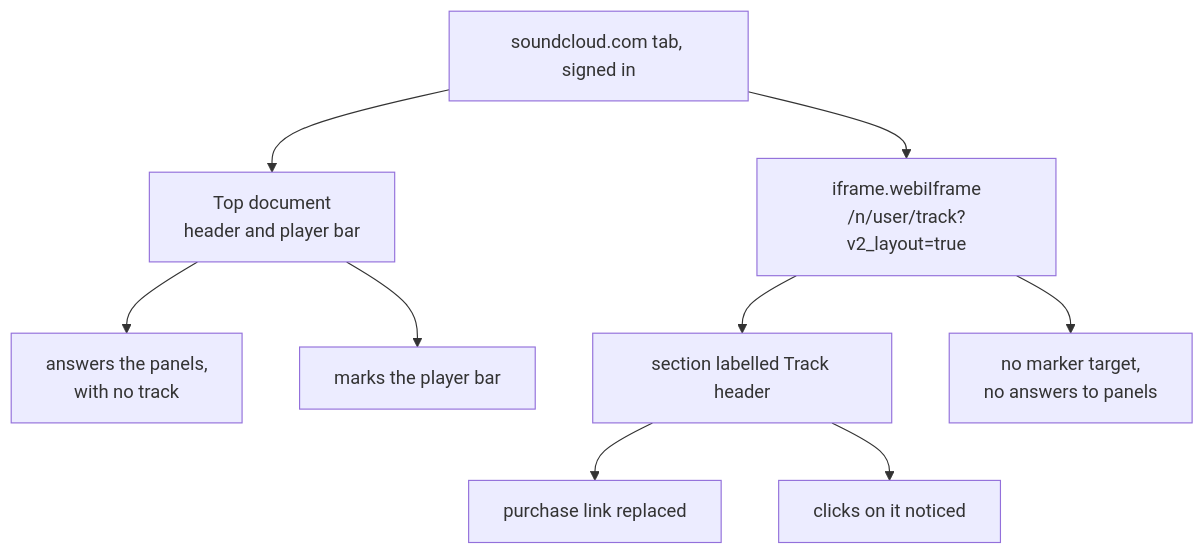
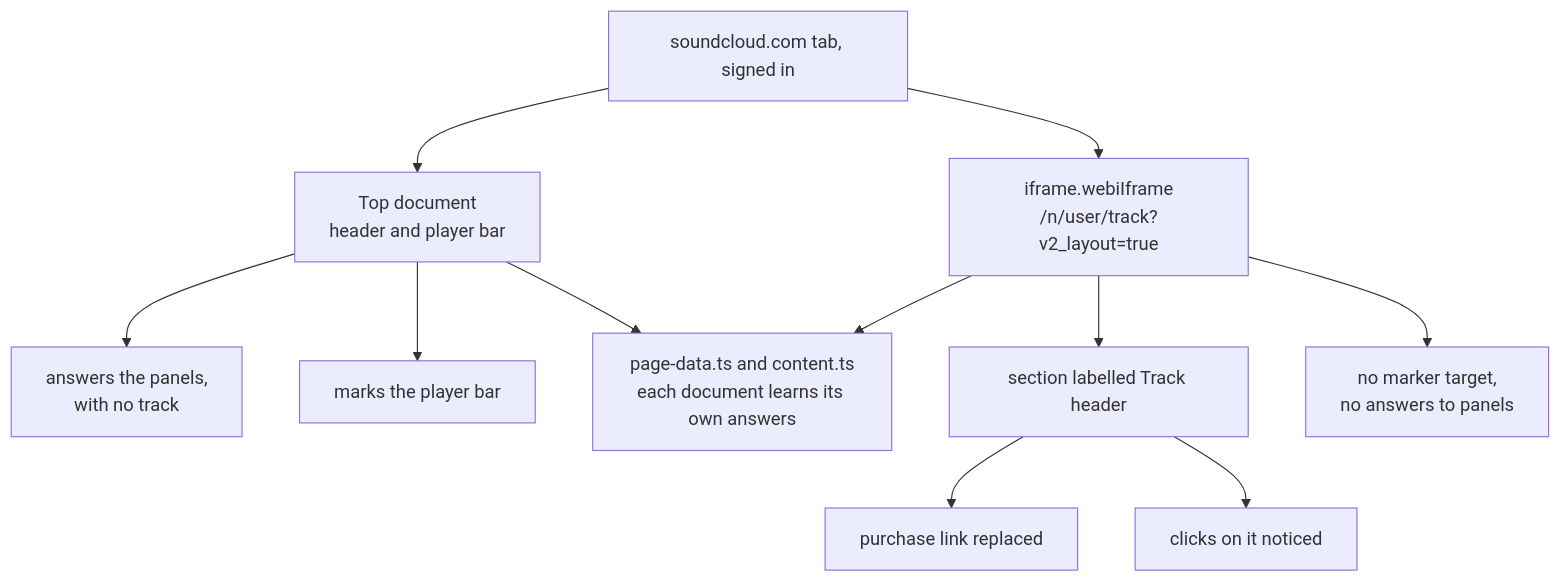
One commit to cutenode/localnetwork changed the tenth of 11 diagrams in apps/localtoolbox/docs/diagrams/content-script.md. Above: the diagram before and after it, drawn with Mermaid. The commit also changed other lines of this file and 65 other files, not shown here.

First line of the commit message:
fix(localtoolbox): read SoundCloud data from what its page loads instead of its API

````diff
--- a/apps/localtoolbox/docs/diagrams/content-script.md
+++ b/apps/localtoolbox/docs/diagrams/content-script.md
@@ -254,21 +257,24 @@
 ```mermaid
 flowchart TD
   Tab["soundcloud.com tab, signed in"]
   Top["Top document<br/>header and player bar"]
   Frame["iframe.webiIframe<br/>/n/user/track?v2_layout=true"]
   Answers["answers the panels,<br/>with no track"]
   Bar["marks the player bar"]
   Header["section labelled Track header"]
   Cart["purchase link replaced"]
   Notice["clicks on it noticed"]
   Silent["no marker target,<br/>no answers to panels"]
+  Own["page-data.ts and content.ts<br/>each document learns its own answers"]
 
   Tab --> Top
   Tab --> Frame
   Top --> Answers
   Top --> Bar
+  Top --> Own
+  Frame --> Own
   Frame --> Header
   Frame --> Silent
   Header --> Cart
   Header --> Notice
 ```
````
